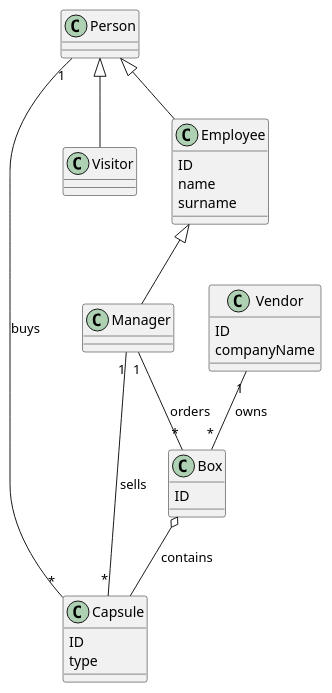
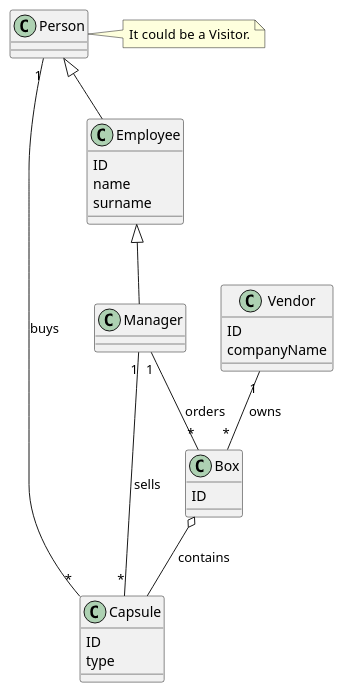
One commit to s41m0n/LaTazza changed the third of 4 diagrams in templates/RequirementsDocument.md. Above: the diagram before and after it, drawn with PlantUML. The commit also changed other lines of this file, not shown here.

Commit message:
fix minor modification in Glossary. Update document version

````diff
--- a/templates/RequirementsDocument.md
+++ b/templates/RequirementsDocument.md
@@ -346,39 +346,37 @@
 ```plantuml
 class Person {
 }
 
 class Manager {
 }
 
 class Employee {
   ID
   name
   surname
-}
-
-class Visitor {
 }
 
 class Capsule {
   ID
   type
 }
 
 class Box {
   ID
 }
 
 class Vendor {
   ID
   companyName
 }
 
 Employee <|-- Manager
 Person <|-- Employee
-Person <|-- Visitor
 Vendor "1" -- "*" Box : owns
 Box o-- Capsule : contains
 Manager "1" -- "*" Capsule : sells
 Manager "1" -- "*" Box : orders
 Person "1" -- "*" Capsule : buys
+
+note right of Person: It could be a Visitor.
 ```
````
